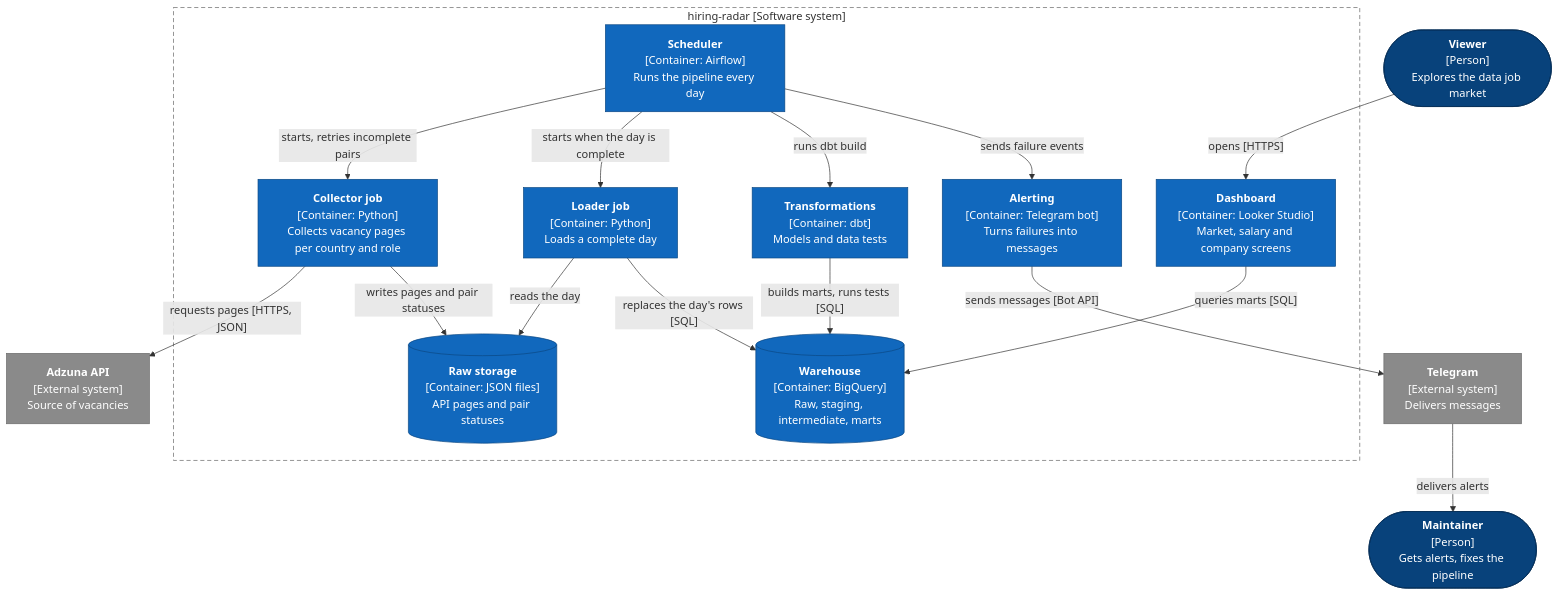
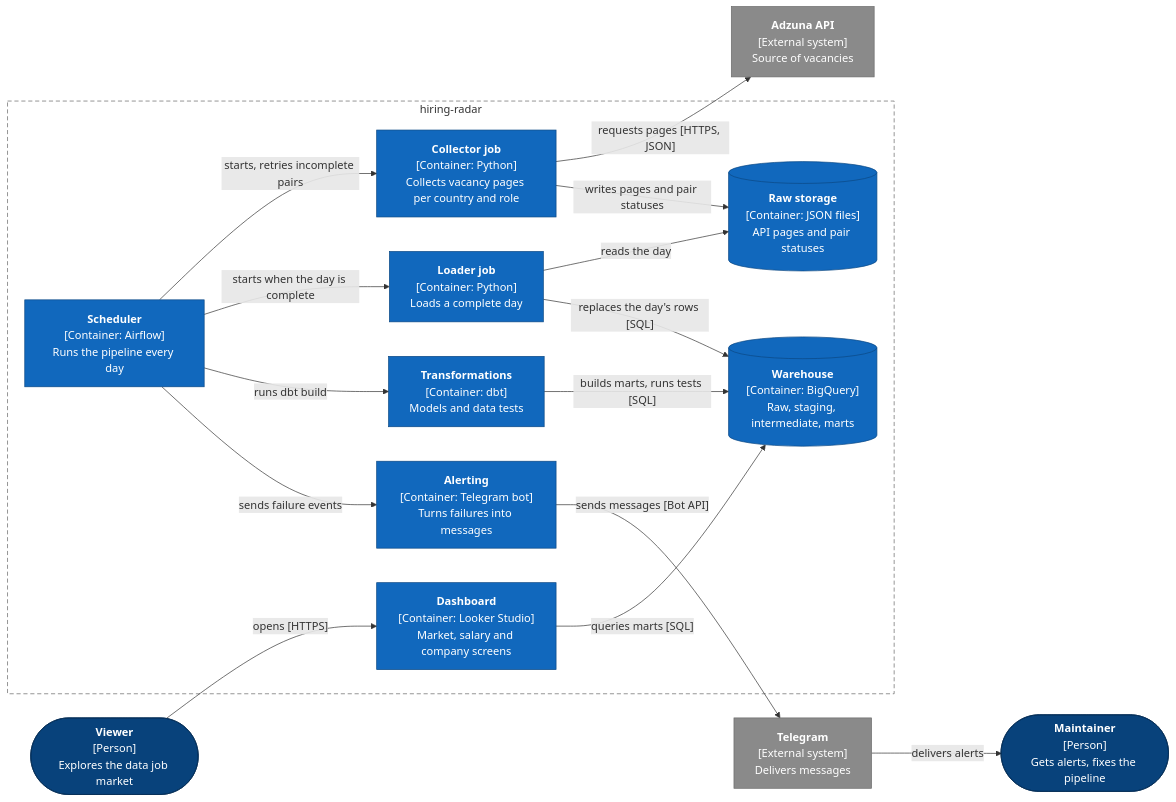
One commit to alinatkachenko13/hiring-radar changed the first of 4 diagrams in NOTES.md. Above: the diagram before and after it, drawn with Mermaid. The commit also changed 1 other file, not shown here.

````diff
--- a/NOTES.md
+++ b/NOTES.md
@@ -314,65 +314,65 @@
 ```mermaid
-flowchart TB
+flowchart LR
     viewer(["`**Viewer**
 [Person]
 Explores the data job market`"])
-    maintainer(["`**Maintainer**
-[Person]
-Gets alerts, fixes the pipeline`"])
 
-    subgraph system["hiring-radar [Software system]"]
+    subgraph system["hiring-radar"]
         dashboard["`**Dashboard**
 [Container: Looker Studio]
 Market, salary and company screens`"]
         scheduler["`**Scheduler**
 [Container: Airflow]
 Runs the pipeline every day`"]
         alerting["`**Alerting**
 [Container: Telegram bot]
 Turns failures into messages`"]
         collector["`**Collector job**
 [Container: Python]
 Collects vacancy pages per country and role`"]
         loader["`**Loader job**
 [Container: Python]
 Loads a complete day`"]
         transformations["`**Transformations**
 [Container: dbt]
 Models and data tests`"]
         raw[("`**Raw storage**
 [Container: JSON files]
 API pages and pair statuses`")]
         warehouse[("`**Warehouse**
 [Container: BigQuery]
 Raw, staging, intermediate, marts`")]
     end
 
     adzuna["`**Adzuna API**
 [External system]
 Source of vacancies`"]
     telegram["`**Telegram**
 [External system]
 Delivers messages`"]
+    maintainer(["`**Maintainer**
+[Person]
+Gets alerts, fixes the pipeline`"])
 
     viewer -- "opens [HTTPS]" --> dashboard
     dashboard -- "queries marts [SQL]" --> warehouse
     scheduler -- "starts, retries incomplete pairs" --> collector
     scheduler -- "starts when the day is complete" --> loader
     scheduler -- "runs dbt build" --> transformations
     scheduler -- "sends failure events" --> alerting
     collector -- "requests pages [HTTPS, JSON]" --> adzuna
     collector -- "writes pages and pair statuses" --> raw
     loader -- "reads the day" --> raw
     loader -- "replaces the day's rows [SQL]" --> warehouse
     transformations -- "builds marts, runs tests [SQL]" --> warehouse
     alerting -- "sends messages [Bot API]" --> telegram
     telegram -- "delivers alerts" --> maintainer
 
     classDef person fill:#08427B,stroke:#052E56,color:#ffffff
     classDef container fill:#1168BD,stroke:#0B4884,color:#ffffff
     classDef external fill:#8A8A8A,stroke:#6B6B6B,color:#ffffff
     class viewer,maintainer person
     class dashboard,scheduler,alerting,collector,loader,transformations,raw,warehouse container
     class adzuna,telegram external
     style system fill:none,stroke:#666666,stroke-dasharray:6 4
 ```
````
